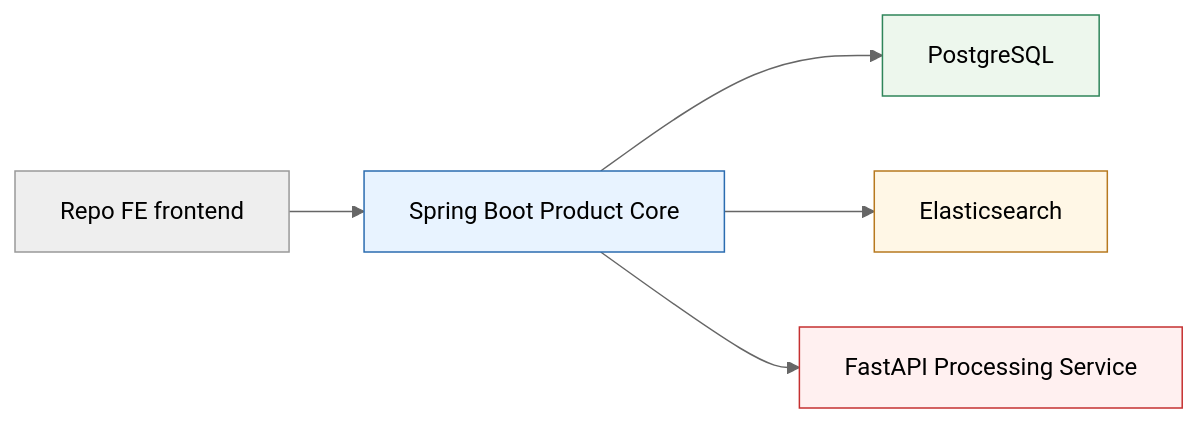
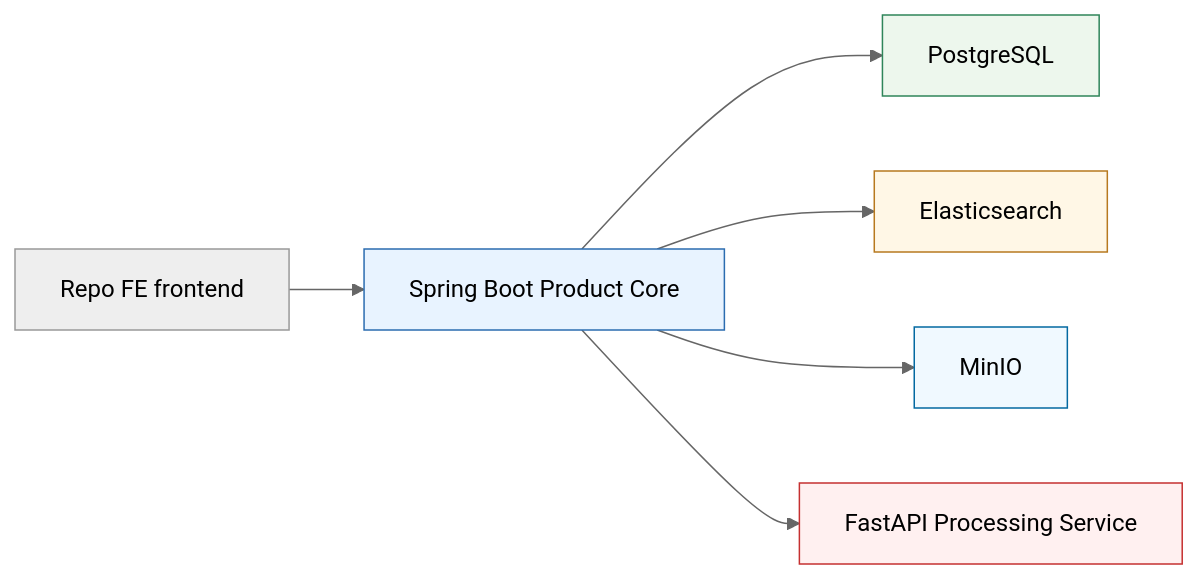
The diagram in docs/architecture/02-service-boundaries.md (quangducnguyen1205/ai-knowledge-workspace), drawn with Mermaid (neutral theme) before and after one commit. The commit also changed other lines of this file and 31 other files, not shown here.

````diff
--- a/docs/architecture/02-service-boundaries.md
+++ b/docs/architecture/02-service-boundaries.md
@@ -9,17 +9,20 @@
 ```mermaid
 flowchart LR
     FE["Repo FE frontend"] --> S["Spring Boot Product Core"]
     S --> P["PostgreSQL"]
     S --> E["Elasticsearch"]
+    S --> M["MinIO"]
     S --> F["FastAPI Processing Service"]
 
     S:::product
     P:::storage
     E:::search
+    M:::object
     F:::processing
 
     classDef product fill:#e8f3ff,stroke:#2b6cb0,stroke-width:1px
     classDef storage fill:#edf7ed,stroke:#2f855a,stroke-width:1px
     classDef search fill:#fff7e6,stroke:#b7791f,stroke-width:1px
+    classDef object fill:#f0f9ff,stroke:#0369a1,stroke-width:1px
     classDef processing fill:#fff0f0,stroke:#c53030,stroke-width:1px
 ```
````
